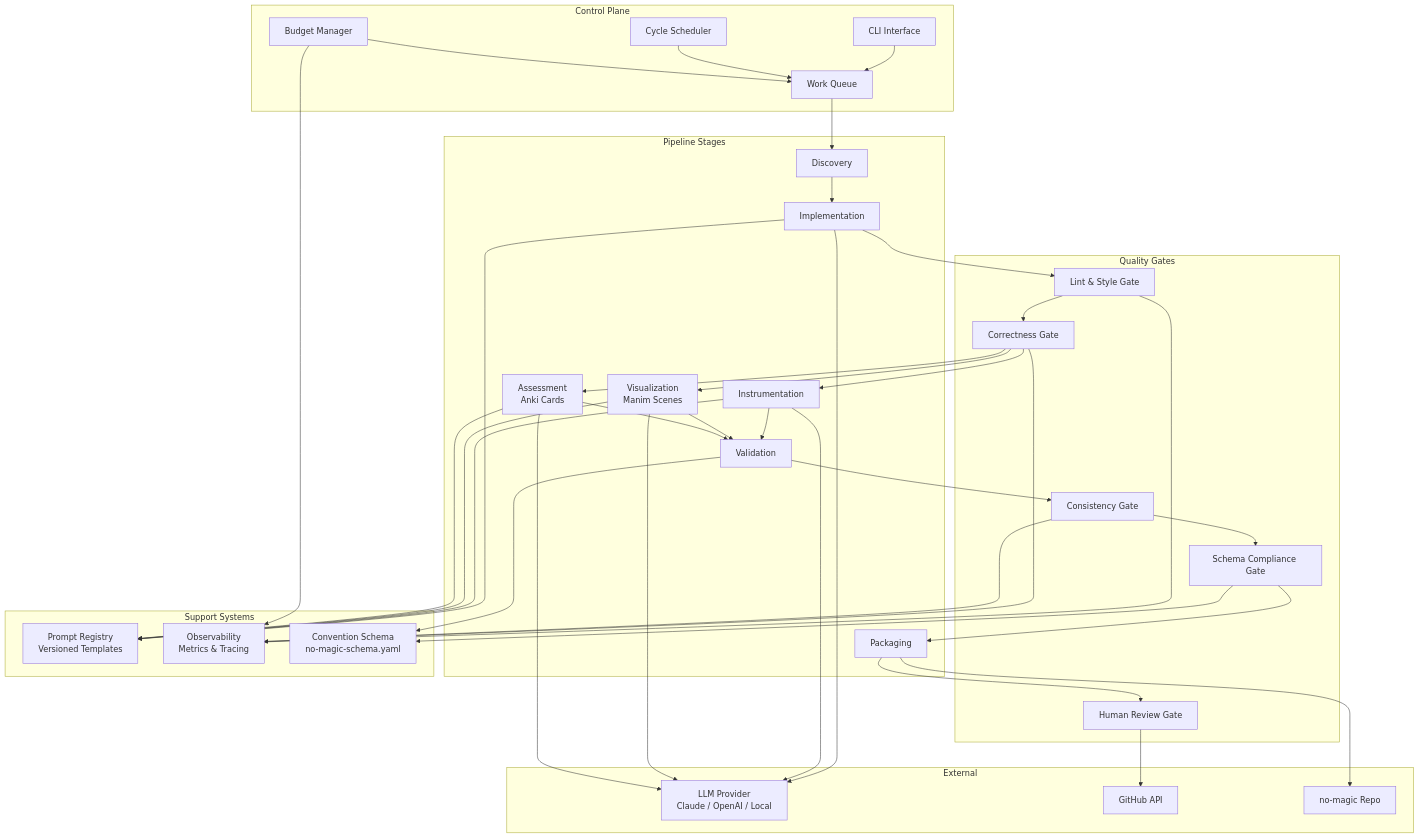
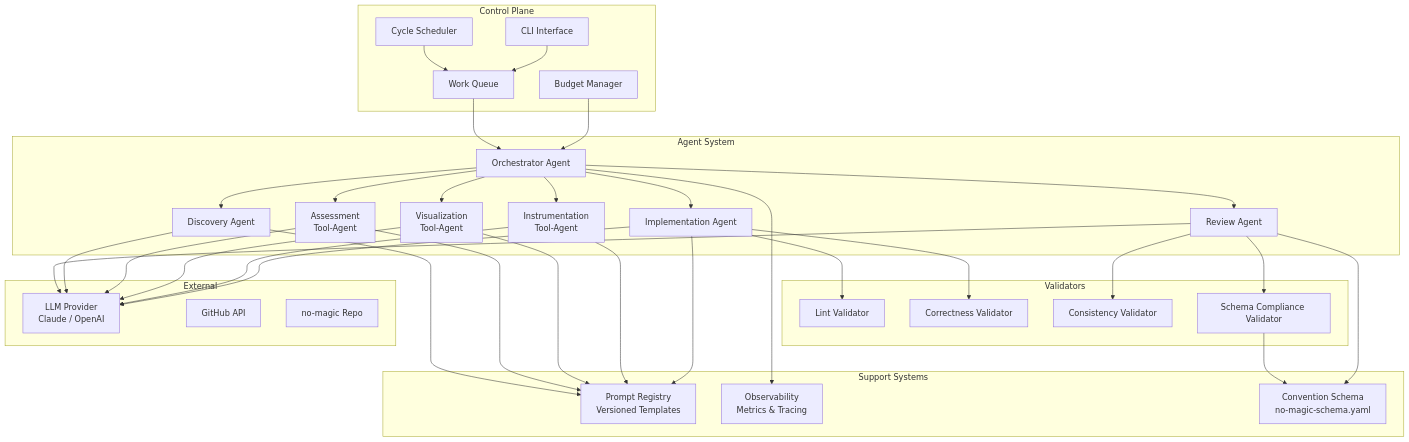
Before and after one commit to no-magic-ai/apprentice: the second of 10 diagrams in docs/system-design.md, drawn with Mermaid. The commit also changed other lines of this file, not shown here.

First line of the commit message:
docs: update system design for multi-agent architecture

````diff
--- a/docs/system-design.md
+++ b/docs/system-design.md
@@ -50,79 +171,73 @@
 ```mermaid
 graph TB
     subgraph Control Plane
         CLI[CLI Interface]
         Scheduler[Cycle Scheduler]
         Budget[Budget Manager]
         Queue[Work Queue]
     end
 
-    subgraph Pipeline Stages
-        Discovery[Discovery]
-        Implement[Implementation]
-        Instrument[Instrumentation]
-        Visualize[Visualization<br/>Manim Scenes]
-        Assess[Assessment<br/>Anki Cards]
-        Validate[Validation]
-        Package[Packaging]
+    subgraph Agent System
+        Orch[Orchestrator Agent]
+        DiscAgent[Discovery Agent]
+        ImplAgent[Implementation Agent]
+        InstrAgent[Instrumentation<br/>Tool-Agent]
+        VizAgent[Visualization<br/>Tool-Agent]
+        AssessAgent[Assessment<br/>Tool-Agent]
+        RevAgent[Review Agent]
     end
 
-    subgraph Quality Gates
-        LintGate[Lint & Style Gate]
-        CorrectnessGate[Correctness Gate]
-        ConsistencyGate[Consistency Gate]
-        SchemaGate[Schema Compliance Gate]
-        ReviewGate[Human Review Gate]
+    subgraph Validators
+        LintVal[Lint Validator]
+        CorrectVal[Correctness Validator]
+        ConsistVal[Consistency Validator]
+        SchemaVal[Schema Compliance Validator]
     end
 
     subgraph Support Systems
         Prompts[Prompt Registry<br/>Versioned Templates]
         Observability[Observability<br/>Metrics & Tracing]
         ConventionSchema[Convention Schema<br/>no-magic-schema.yaml]
     end
 
     subgraph External
-        LLM[LLM Provider<br/>Claude / OpenAI / Local]
+        LLM[LLM Provider<br/>Claude / OpenAI]
         GitHub[GitHub API]
         NoMagic[no-magic Repo]
     end
 
     CLI --> Queue
     Scheduler --> Queue
-    Budget --> Queue
+    Budget --> Orch
 
-    Queue --> Discovery
-    Discovery --> Implement
-    Implement --> LintGate
-    LintGate --> CorrectnessGate
-    CorrectnessGate --> Instrument
-    CorrectnessGate --> Visualize
-    CorrectnessGate --> Assess
-    Instrument --> Validate
-    Visualize --> Validate
-    Assess --> Validate
-    Validate --> ConsistencyGate
-    ConsistencyGate --> SchemaGate
-    SchemaGate --> Package
-    Package --> ReviewGate
-    ReviewGate --> GitHub
+    Queue --> Orch
+    Orch --> DiscAgent
+    Orch --> ImplAgent
+    Orch --> InstrAgent
+    Orch --> VizAgent
+    Orch --> AssessAgent
+    Orch --> RevAgent
 
-    Implement --> LLM
-    Instrument --> LLM
-    Visualize --> LLM
-    Assess --> LLM
+    ImplAgent --> LintVal
+    ImplAgent --> CorrectVal
+    RevAgent --> ConsistVal
+    RevAgent --> SchemaVal
 
-    Implement --> Prompts
-    Instrument --> Prompts
-    Visualize --> Prompts
-    Assess --> Prompts
+    ImplAgent --> LLM
+    InstrAgent --> LLM
+    VizAgent --> LLM
+    AssessAgent --> LLM
+    DiscAgent --> LLM
+    RevAgent --> LLM
 
-    Validate --> ConventionSchema
-    SchemaGate --> ConventionSchema
+    ImplAgent --> Prompts
+    InstrAgent --> Prompts
+    VizAgent --> Prompts
+    AssessAgent --> Prompts
+    DiscAgent --> Prompts
 
-    Package --> NoMagic
+    RevAgent --> ConventionSchema
+    SchemaVal --> ConventionSchema
 
-    Budget --> Observability
-    LintGate --> Observability
-    CorrectnessGate --> Observability
-    ConsistencyGate --> Observability
+    Orch --> Observability
 ```
````
